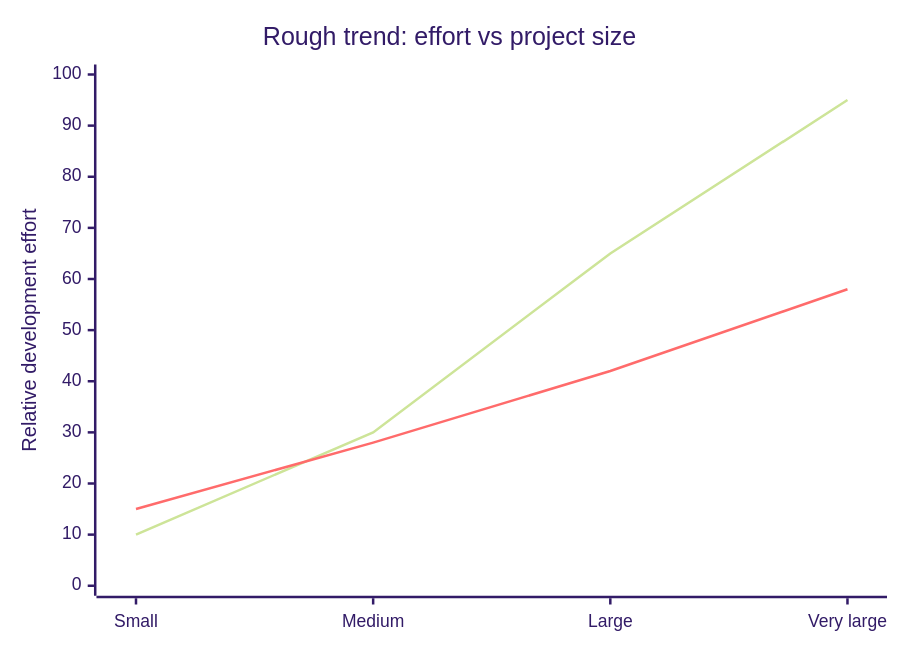
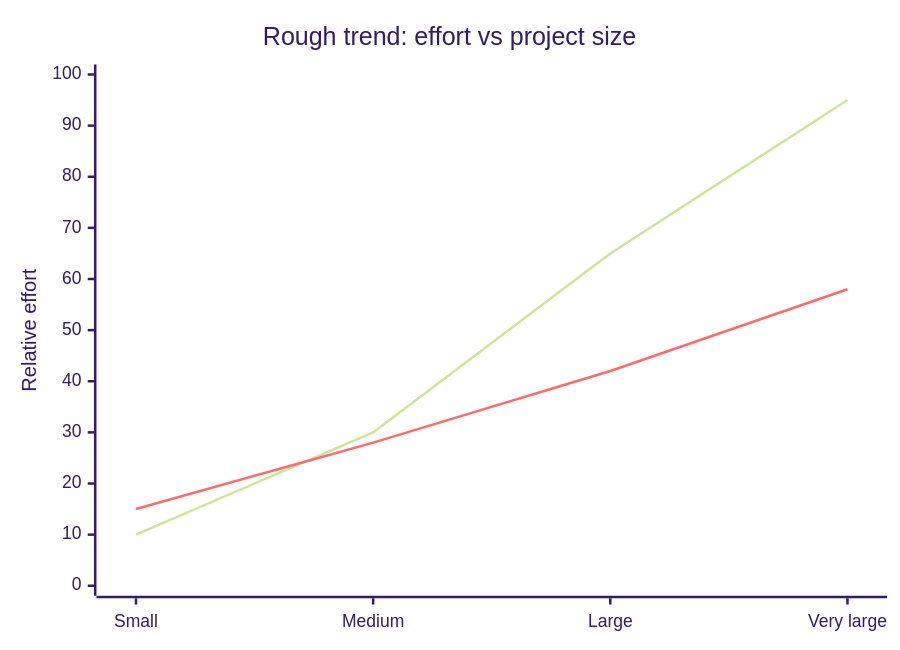
The diagram in 12Classes/01from procedural to oop.md (NicholasSeward/CppBook), drawn with Mermaid (forest theme) before and after one commit. The commit also changed other lines of this file, not shown here.

Commit message:
diagram experiemt

````diff
--- a/12Classes/01from procedural to oop.md
+++ b/12Classes/01from procedural to oop.md
@@ -103,8 +103,8 @@
 ```mermaid
 xychart-beta
     title "Rough trend: effort vs project size"
     x-axis ["Small", "Medium", "Large", "Very large"]
-    y-axis "Relative development effort" 0 --> 100
-    line "Procedural style" [10, 30, 65, 95]
-    line "OOP style" [15, 28, 42, 58]
+    y-axis "Relative effort" 0 --> 100
+    line [10, 30, 65, 95]
+    line [15, 28, 42, 58]
 ```
````
